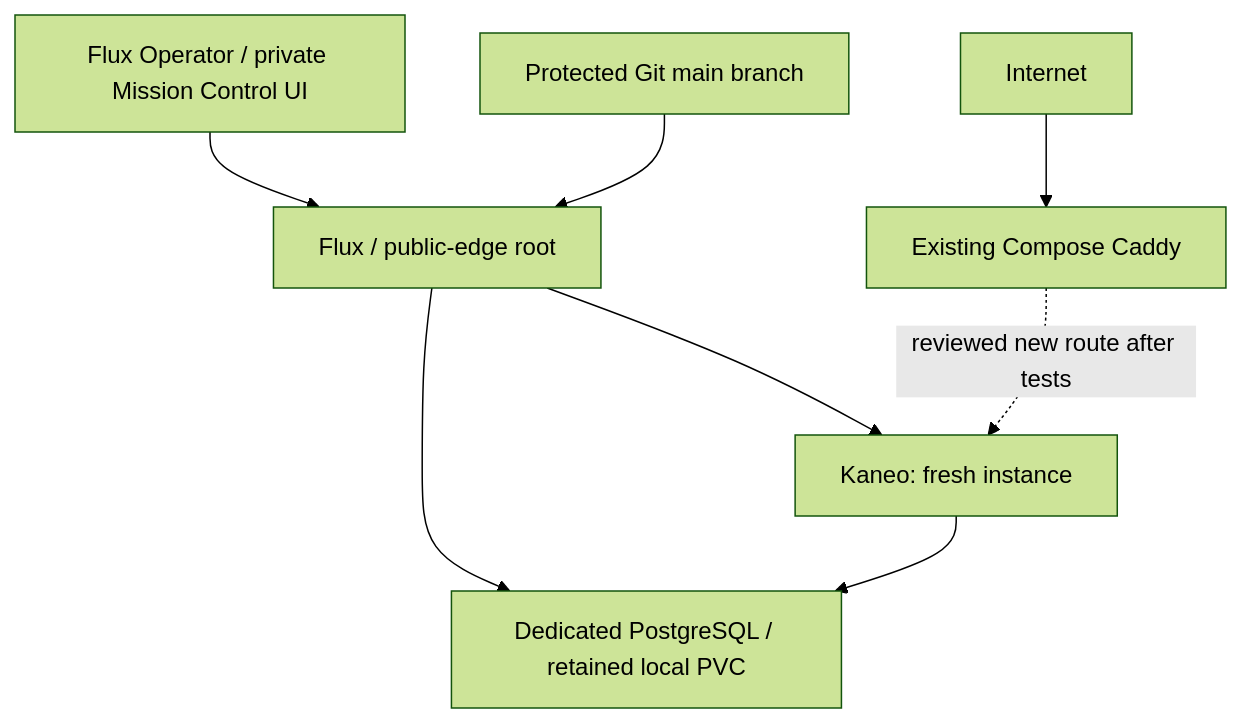
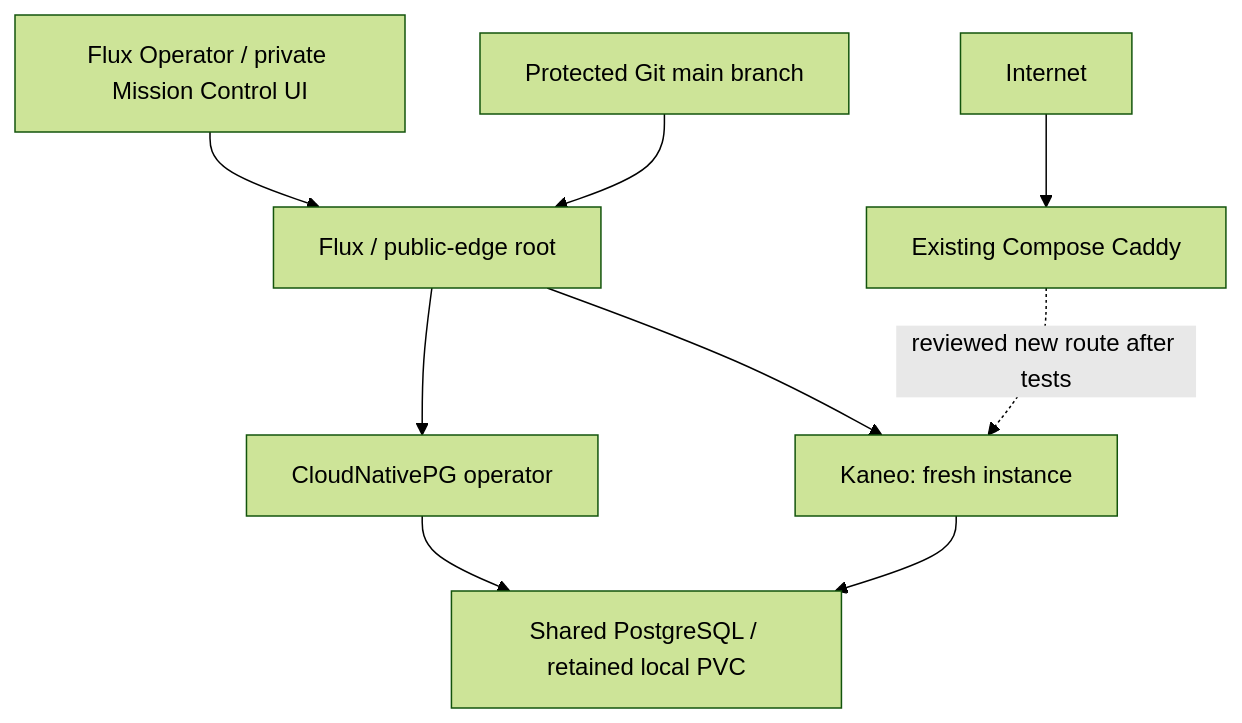
Before and after one commit to salehihassen/homelab-infra: the diagram in docs/kubernetes/architecture.md, drawn with Mermaid (forest theme). The commit also changed other lines of this file and 31 other files, not shown here.

First line of the commit message:
Shared postgres w/ CloudNativePG; simplify k3s checks

````diff
--- a/docs/kubernetes/architecture.md
+++ b/docs/kubernetes/architecture.md
@@ -27,10 +28,11 @@
 ```mermaid
 flowchart TD
   Operator[Flux Operator / private Mission Control UI] --> Flux[Flux / public-edge root]
   Git[Protected Git main branch] --> Flux
   Flux --> K[Kaneo: fresh instance]
-  Flux --> DB[Dedicated PostgreSQL / retained local PVC]
+  Flux --> CNPG[CloudNativePG operator]
+  CNPG --> DB[Shared PostgreSQL / retained local PVC]
   K --> DB
   Internet --> C[Existing Compose Caddy]
   C -. reviewed new route after tests .-> K
 ```
````
